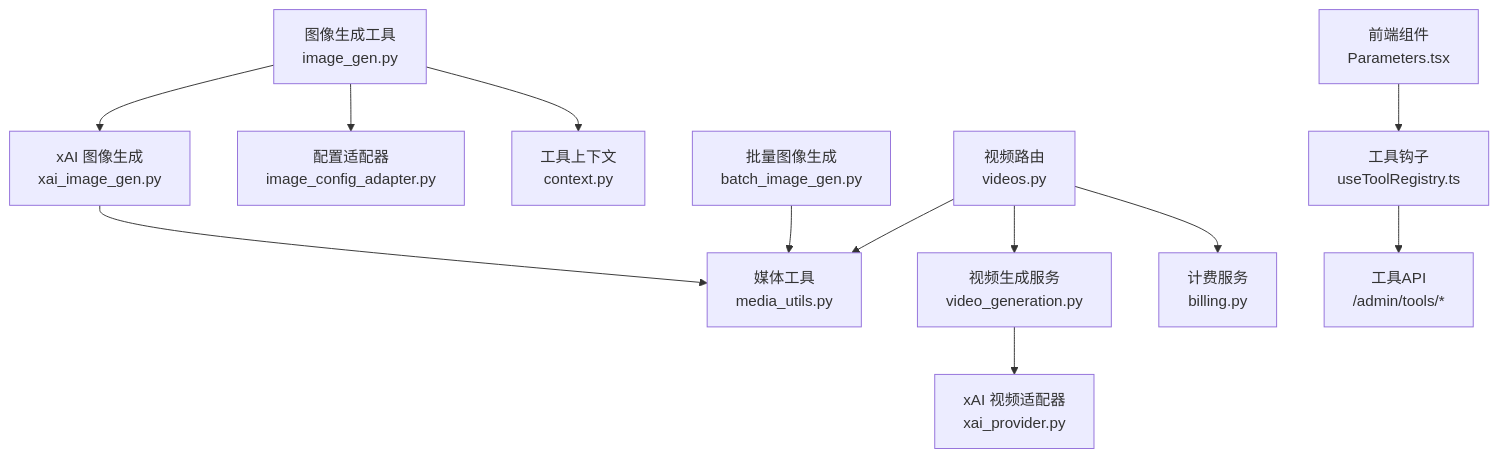
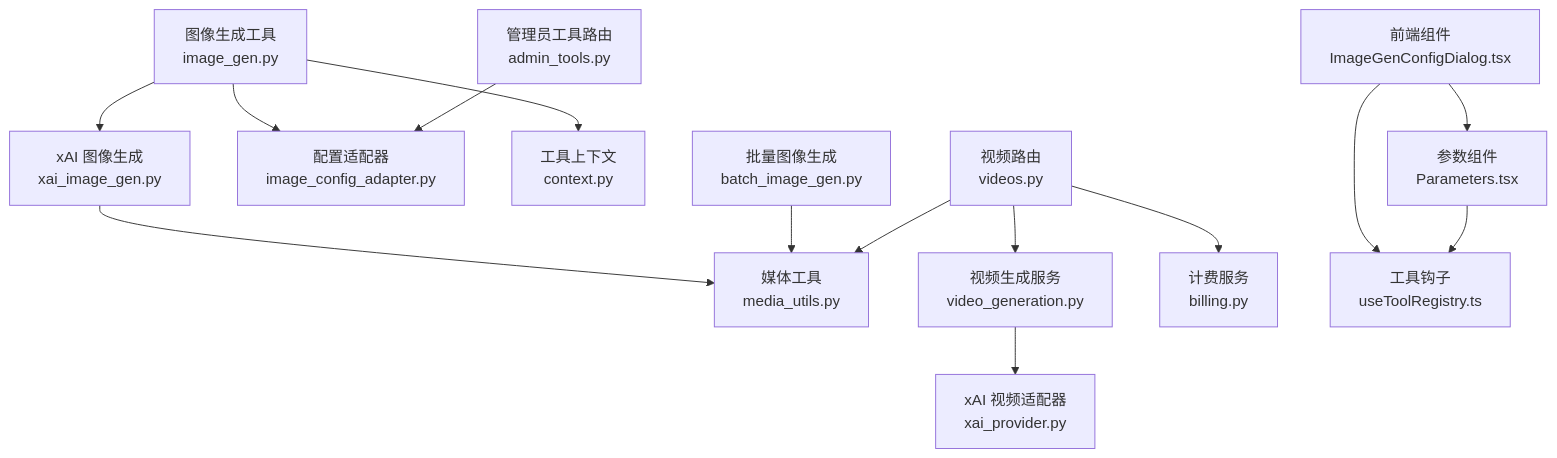
One commit to KunLabAI/KunFlix changed the tenth of 10 diagrams in .qoder/repowiki/zh/content/后端服务架构/业务服务层/媒体生成服务/图像生成系统.md. Above: the diagram before and after it, drawn with Mermaid. The commit also changed other lines of this file and 24 other files, not shown here.

````diff
--- a/.qoder/repowiki/zh/content/后端服务架构/业务服务层/媒体生成服务/图像生成系统.md
+++ b/.qoder/repowiki/zh/content/后端服务架构/业务服务层/媒体生成服务/图像生成系统.md
@@ -400,14 +469,16 @@
 ```mermaid
 graph TB
 Tools["图像生成工具<br/>image_gen.py"] --> XAI["xAI 图像生成<br/>xai_image_gen.py"]
 Tools --> Adapter["配置适配器<br/>image_config_adapter.py"]
 Tools --> Context["工具上下文<br/>context.py"]
 XAI --> Media["媒体工具<br/>media_utils.py"]
 Batch["批量图像生成<br/>batch_image_gen.py"] --> Media
 Router["视频路由<br/>videos.py"] --> VGen["视频生成服务<br/>video_generation.py"]
 VGen --> XAIProv["xAI 视频适配器<br/>xai_provider.py"]
 Router --> Billing["计费服务<br/>billing.py"]
 Router --> Media
-Frontend["前端组件<br/>Parameters.tsx"] --> Hook["工具钩子<br/>useToolRegistry.ts"]
-Hook --> API["工具API<br/>/admin/tools/*"]
+Frontend["前端组件<br/>ImageGenConfigDialog.tsx"] --> Hook["工具钩子<br/>useToolRegistry.ts"]
+Frontend --> Params["参数组件<br/>Parameters.tsx"]
+Params --> Hook
+AdminRouter["管理员工具路由<br/>admin_tools.py"] --> Adapter
 ```
````
